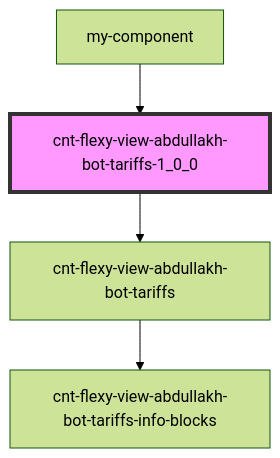
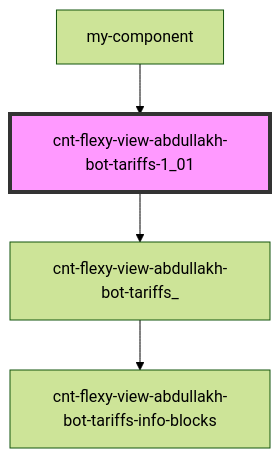
The diagram in src/components/cnt-flexy-view-abdullakh-bot-tariffs/readme.md (Wokh-Dada/botdevelopmentapp), drawn with Mermaid (forest theme) before and after one commit. The commit also changed other lines of this file and 34 other files, not shown here.

Commit message:
fixed tariffs component styles

````diff
--- a/src/components/cnt-flexy-view-abdullakh-bot-tariffs/readme.md
+++ b/src/components/cnt-flexy-view-abdullakh-bot-tariffs/readme.md
@@ -34,7 +34,7 @@
 ```mermaid
 graph TD;
-  cnt-flexy-view-abdullakh-bot-tariffs-1_0_0 --> cnt-flexy-view-abdullakh-bot-tariffs
-  cnt-flexy-view-abdullakh-bot-tariffs --> cnt-flexy-view-abdullakh-bot-tariffs-info-blocks
-  my-component --> cnt-flexy-view-abdullakh-bot-tariffs-1_0_0
-  style cnt-flexy-view-abdullakh-bot-tariffs-1_0_0 fill:#f9f,stroke:#333,stroke-width:4px
+  cnt-flexy-view-abdullakh-bot-tariffs-1_01 --> cnt-flexy-view-abdullakh-bot-tariffs_
+  cnt-flexy-view-abdullakh-bot-tariffs_ --> cnt-flexy-view-abdullakh-bot-tariffs-info-blocks
+  my-component --> cnt-flexy-view-abdullakh-bot-tariffs-1_01
+  style cnt-flexy-view-abdullakh-bot-tariffs-1_01 fill:#f9f,stroke:#333,stroke-width:4px
 ```
````
